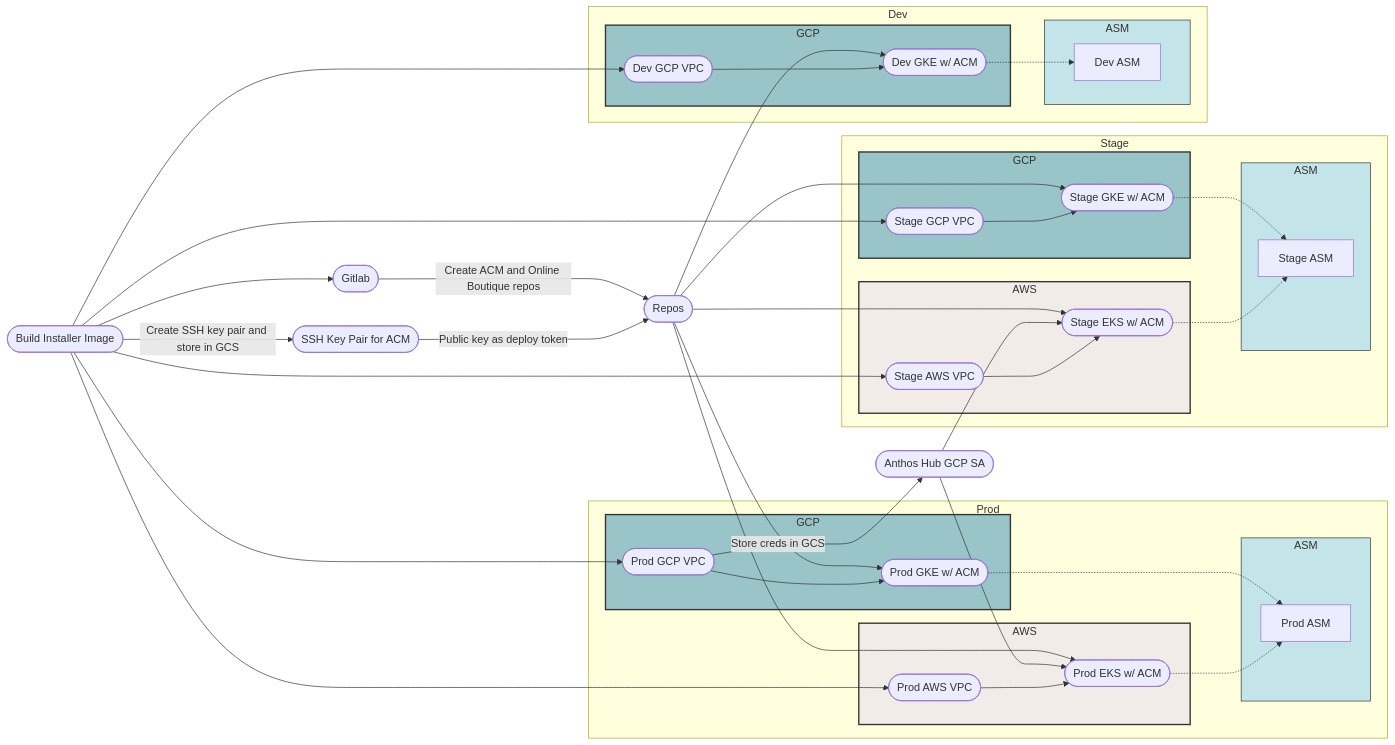
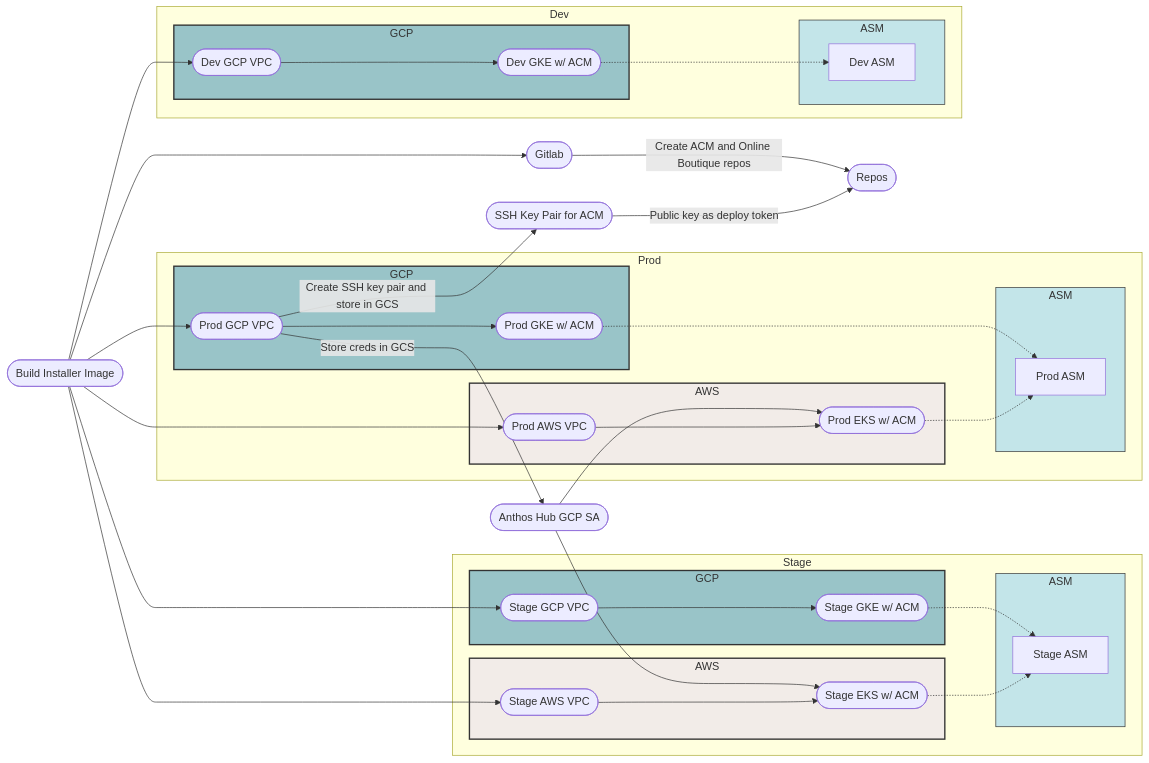
Before and after one commit to swalker-sada/anthos-practice: the second of 3 diagrams in README.md, drawn with Mermaid. The commit also changed other lines of this file, not shown here.

```diff
--- a/README.md
+++ b/README.md
@@ -168,15 +168,15 @@
 installer --> devgcpvpc
 
 installer --> gitlab -->|Create ACM and Online Boutique repos| repos 
-repos --> prodgke
-repos --> stagegke
-repos --> devgke
+%%repos --> prodgke
+%%repos --> stagegke
+%%repos --> devgke
 
-repos --> prodeks
-repos --> stageeks
+%%repos --> prodeks
+%%repos --> stageeks
 
 prodgcpvpc -->|Store creds in GCS| hub_gsa
-installer -->|Create SSH key pair and store in GCS| ssh_key
+prodgcpvpc -->|Create SSH key pair and store in GCS| ssh_key
 
 ssh_key -->|Public key as deploy token| repos
 
```
